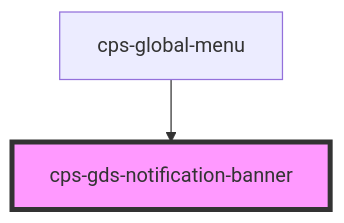
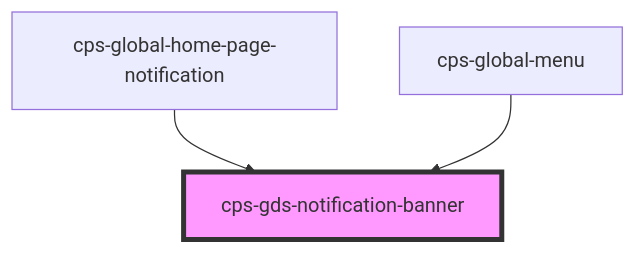
One commit to CPS-Innovation/global-components changed the diagram in packages/cps-global-components/src/components/cps-gds-notification-banner/readme.md. Above: the diagram before and after it, drawn with Mermaid. The commit also changed other lines of this file and 6 other files, not shown here.

Commit message:
#FCT2-15437 - added home page beta notification component (#714)

````diff
--- a/packages/cps-global-components/src/components/cps-gds-notification-banner/readme.md
+++ b/packages/cps-global-components/src/components/cps-gds-notification-banner/readme.md
@@ -28,5 +29,6 @@
 ```mermaid
 graph TD;
+  cps-global-home-page-notification --> cps-gds-notification-banner
   cps-global-menu --> cps-gds-notification-banner
   style cps-gds-notification-banner fill:#f9f,stroke:#333,stroke-width:4px
 ```
````
